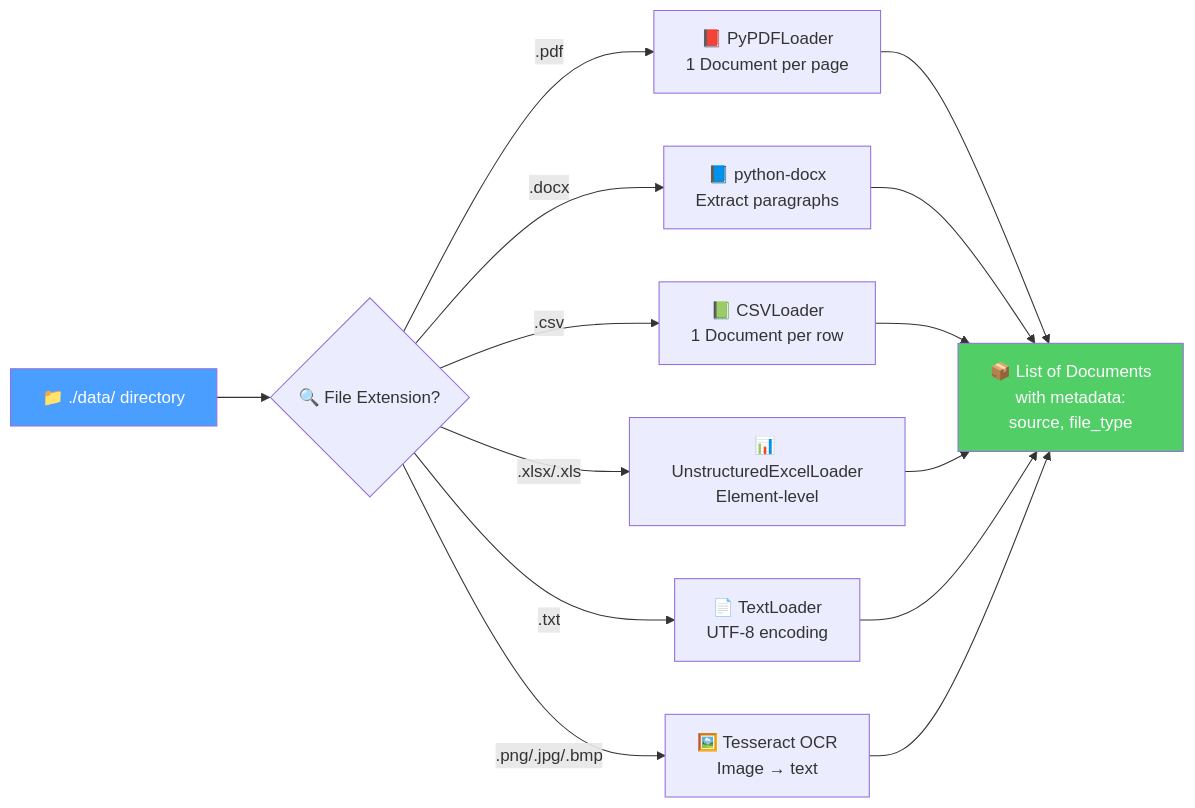
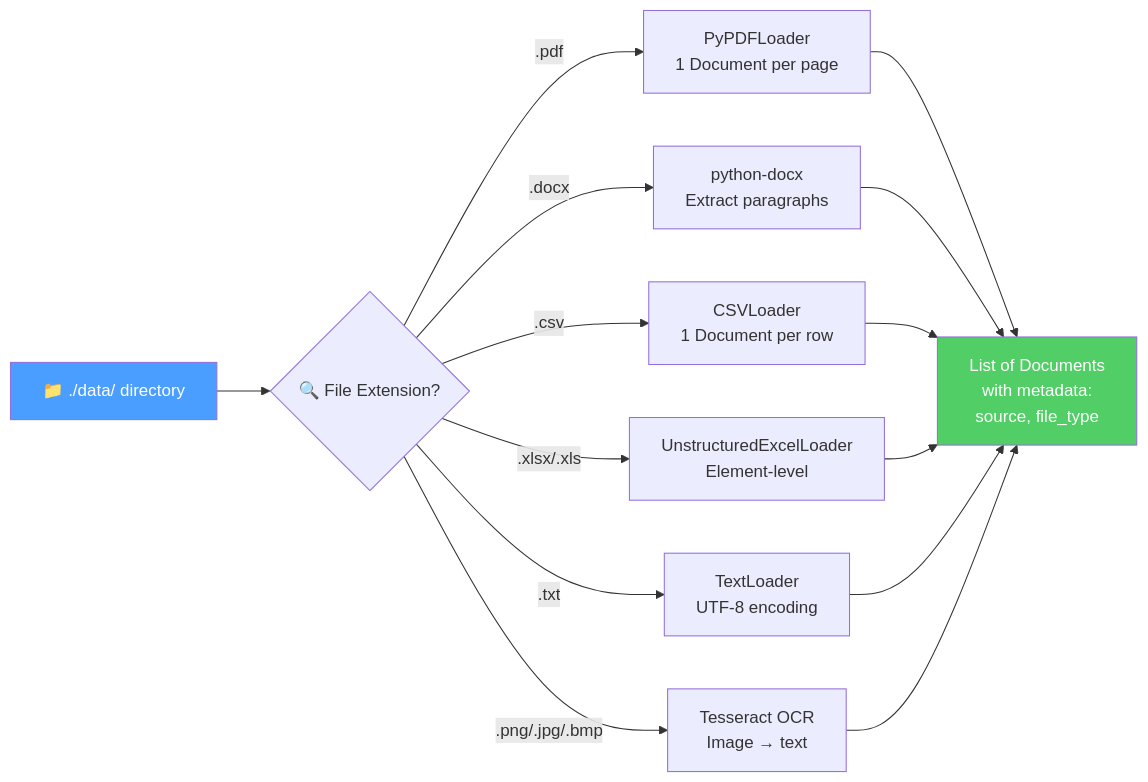
The third of 16 diagrams in README.md (killjoycircuit/rag), drawn with Mermaid before and after one commit. The commit also changed other lines of this file, not shown here.

````diff
--- a/README.md
+++ b/README.md
@@ -128,21 +128,21 @@
 ```mermaid
 graph LR
     D["📁 ./data/ directory"] --> S{"🔍 File Extension?"}
 
-    S -->|".pdf"| P["📕 PyPDFLoader<br/>1 Document per page"]
-    S -->|".docx"| X["📘 python-docx<br/>Extract paragraphs"]
-    S -->|".csv"| C["📗 CSVLoader<br/>1 Document per row"]
-    S -->|".xlsx/.xls"| E["📊 UnstructuredExcelLoader<br/>Element-level"]
-    S -->|".txt"| T["📄 TextLoader<br/>UTF-8 encoding"]
-    S -->|".png/.jpg/.bmp"| O["🖼️ Tesseract OCR<br/>Image → text"]
+    S -->|".pdf"| P["PyPDFLoader<br/>1 Document per page"]
+    S -->|".docx"| X["python-docx<br/>Extract paragraphs"]
+    S -->|".csv"| C["CSVLoader<br/>1 Document per row"]
+    S -->|".xlsx/.xls"| E["UnstructuredExcelLoader<br/>Element-level"]
+    S -->|".txt"| T["TextLoader<br/>UTF-8 encoding"]
+    S -->|".png/.jpg/.bmp"| O["Tesseract OCR<br/>Image → text"]
 
-    P --> M["📦 List of Documents<br/>with metadata:<br/>source, file_type"]
+    P --> M["List of Documents<br/>with metadata:<br/>source, file_type"]
     X --> M
     C --> M
     E --> M
     T --> M
     O --> M
 
     style D fill:#4a9eff,color:#fff
     style M fill:#51cf66,color:#fff
 ```
````
